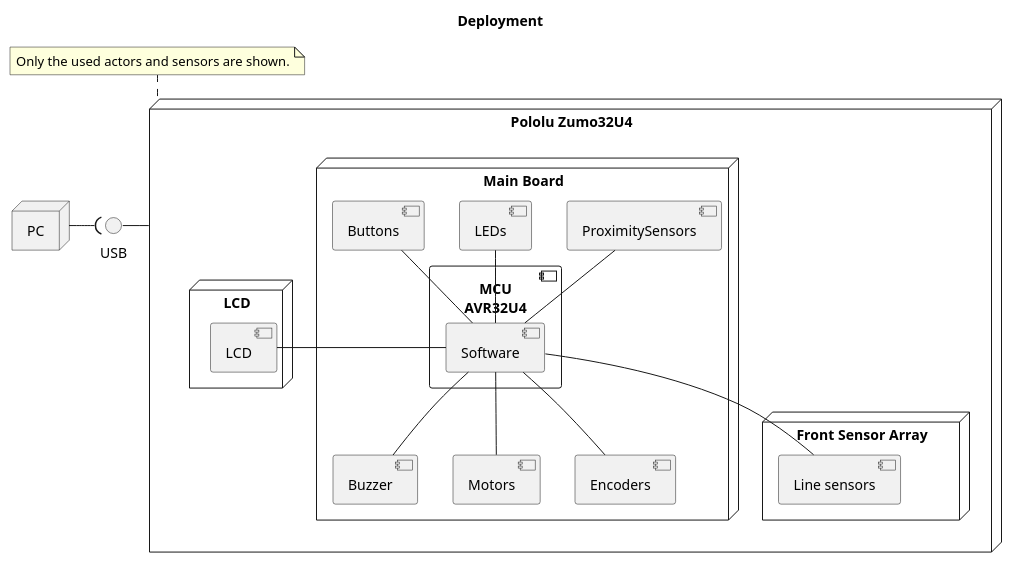
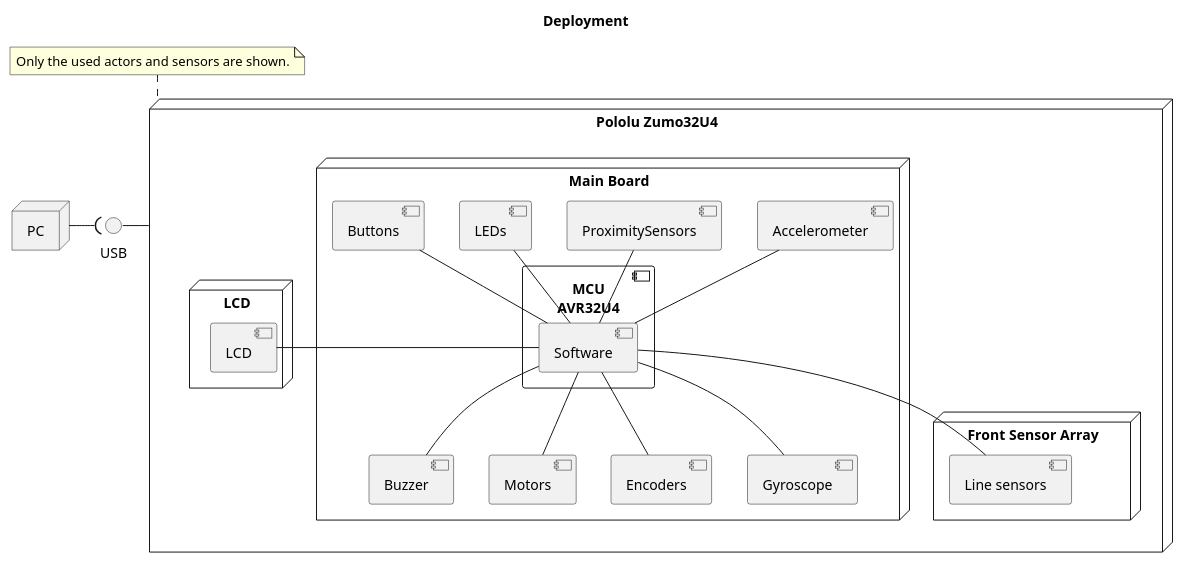
The diagram in doc/architecture/uml/PhysicalView/Deployment.plantuml (BlueAndi/RadonUlzer), drawn with PlantUML before and after one commit.

Commit message:
Added Accelerometer and Gyroscope to Deployment diagram

```diff
--- a/doc/architecture/uml/PhysicalView/Deployment.plantuml
+++ b/doc/architecture/uml/PhysicalView/Deployment.plantuml
@@ -1,52 +1,56 @@
 @startuml
 
 title Deployment
 
 node "PC" as pc
 
 node "Pololu Zumo32U4" as zumo32u4 {
 
     node "Main Board" as mainBoard {
 
         component "MCU\nAVR32U4" as mcu {
             component "Software" as software
         }
 
         component "Buttons" as buttons
         
         component "Buzzer" as buzzer
         component "Motors" as motors
         component "Encoders" as encoders
         component "LEDs" as leds
         component "ProximitySensors" as proximitySensors
+        component "Accelerometer" as accelerometer
+        component "Gyroscope" as gyroscope 
 
         software -u- buttons
         software -u- leds
         software -u- proximitySensors
+        software -u- accelerometer
         software -- buzzer
         software -- motors
         software -- encoders
+        software -- gyroscope
     }
 
     node "Front Sensor Array" {
         component "Line sensors" as lineSensors
     }
 
     node "LCD" {
         component "LCD" as lcd
     }
 
     software - lcd
     software -- lineSensors    
 }
 
 interface "USB" as usb
 
 zumo32u4 -l- usb
 usb )-l- pc
 
 note top of zumo32u4
     Only the used actors and sensors are shown.
 end note
 
 @enduml
```
